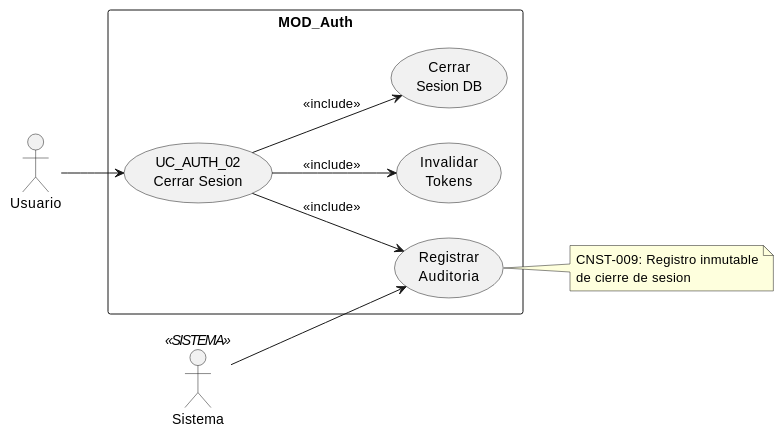
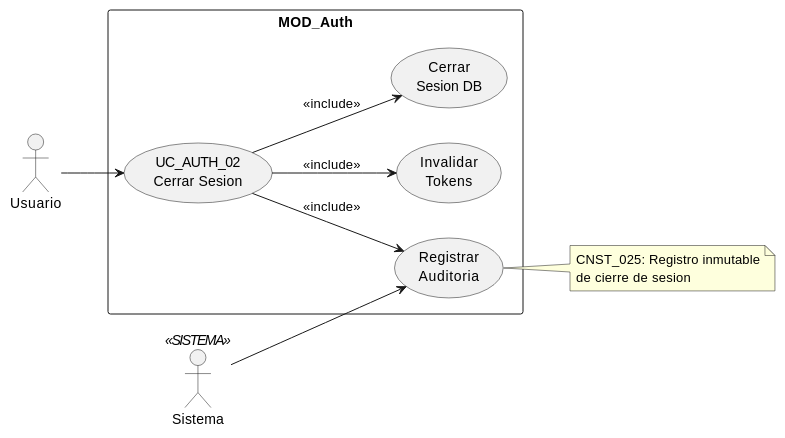
One commit to jcg-admin/IACT-docs changed the first of 3 diagrams in source/requisitos/casos_uso/auth/UC_AUTH_02_Cerrar_Sesion.rst. Above: the diagram before and after it, drawn with PlantUML. The commit also changed other lines of this file and 67 other files, not shown here.

```diff
--- a/source/requisitos/casos_uso/auth/UC_AUTH_02_Cerrar_Sesion.rst
+++ b/source/requisitos/casos_uso/auth/UC_AUTH_02_Cerrar_Sesion.rst
@@ -58,29 +58,29 @@
 .. uml::
    :caption: Diagrama de Caso de Uso - UC_AUTH_02
 
    @startuml
 
    left to right direction
 
    actor "Usuario" as USER
    actor "Sistema" as SYS <<SISTEMA>>
 
    rectangle "MOD_Auth" {
      usecase "UC_AUTH_02\nCerrar Sesion" as UC02
      usecase "Invalidar\nTokens" as INV
      usecase "Cerrar\nSesion DB" as CLOSE
      usecase "Registrar\nAuditoria" as AUD
    }
 
    USER --> UC02
    UC02 --> INV : <<include>>
    UC02 --> CLOSE : <<include>>
    UC02 --> AUD : <<include>>
    SYS --> AUD
 
    note right of AUD
-     CNST-009: Registro inmutable
+     CNST_025: Registro inmutable
      de cierre de sesion
    end note
 
    @enduml
```
